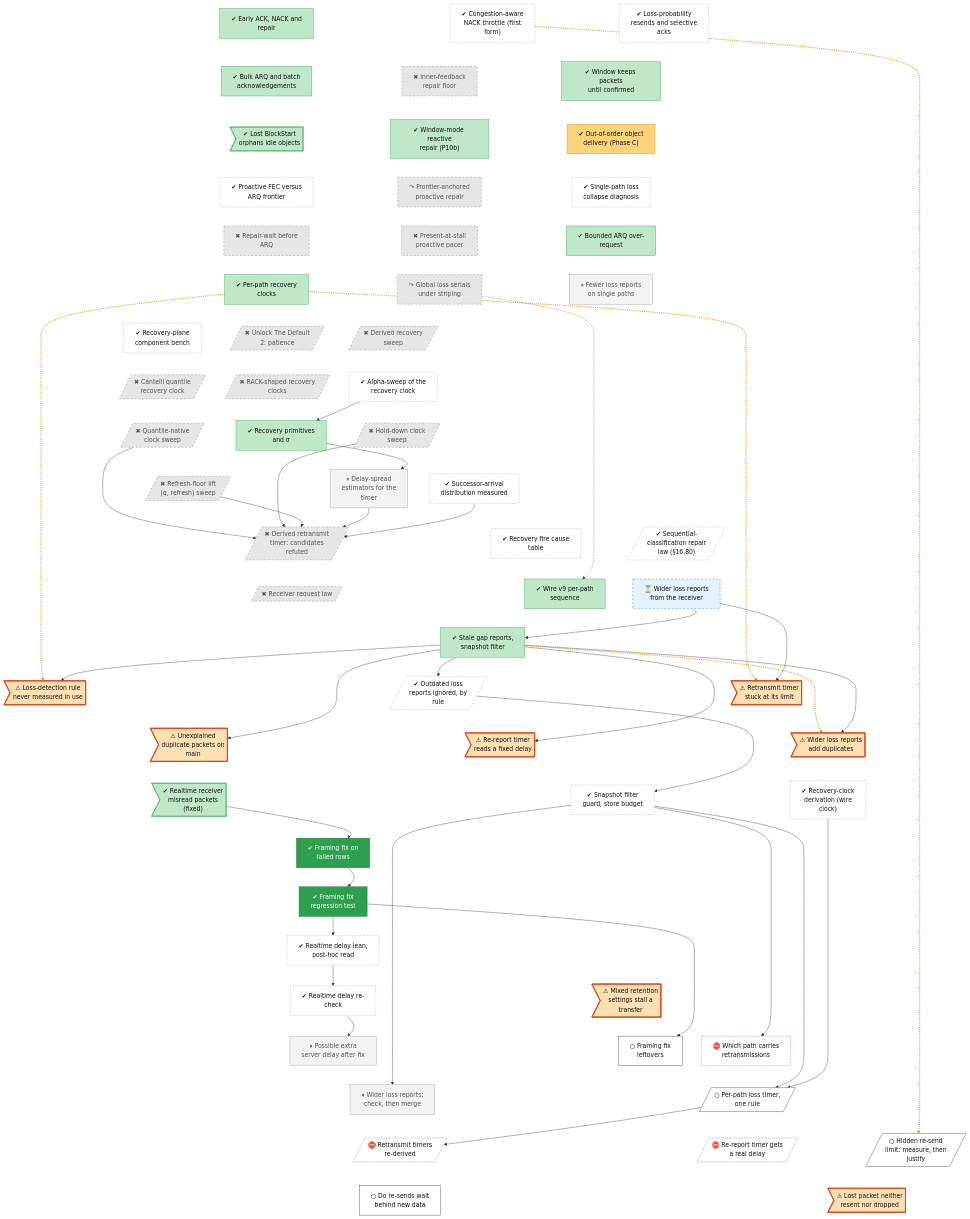
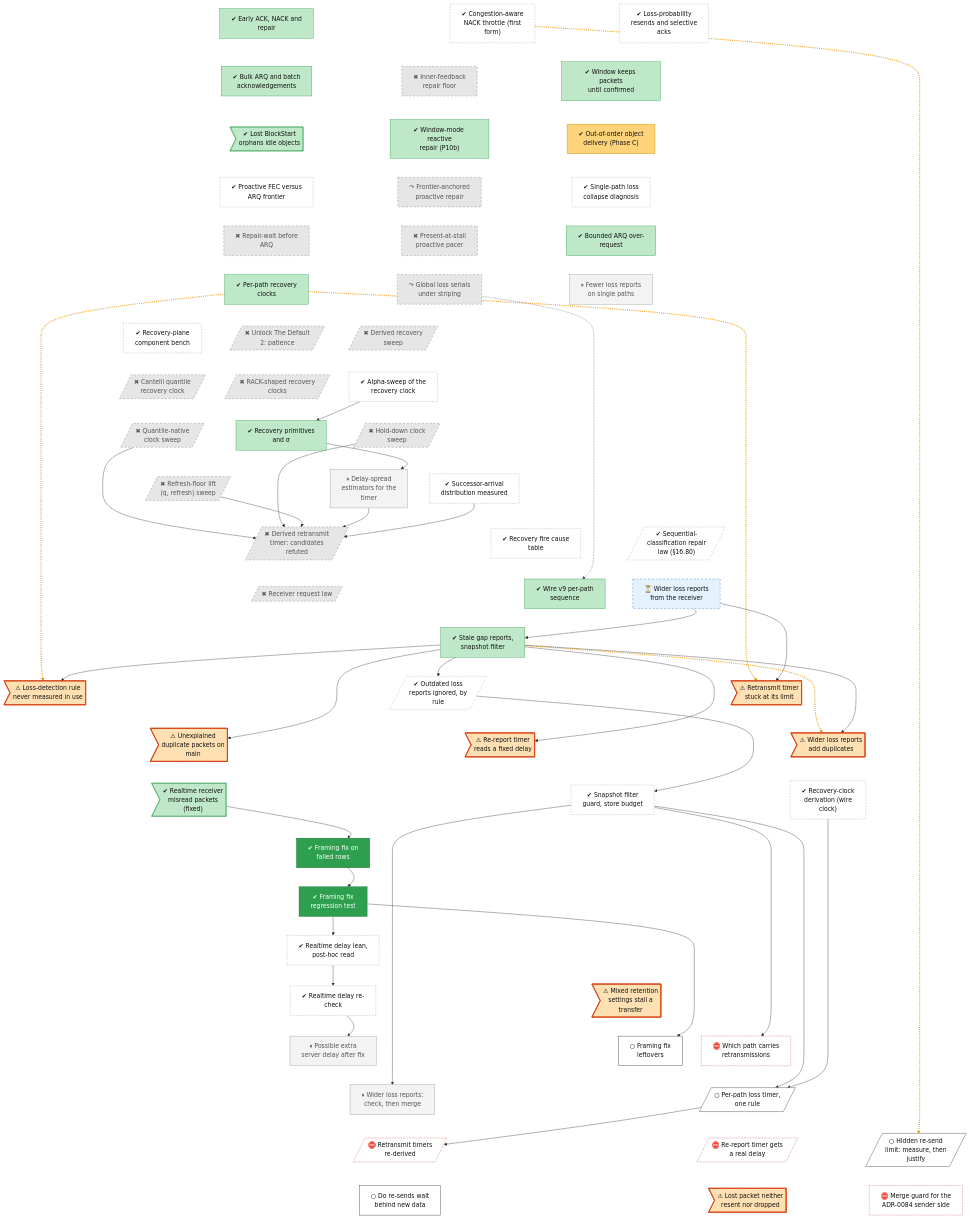
Before and after one commit to lhns/raptorpath: the diagram in docs/roadmap/tracks/rec.md, drawn with Mermaid. The commit also changed other lines of this file and 5 other files, not shown here.

Commit message:
roadmap: VM batch 1 node (harness67c review round, vmb-s2 manifest fix), ADR-0084 guard node (Fable review, revision round), offline simulation stage 2 plan, disorder-price harness on a branch

````diff
--- a/docs/roadmap/tracks/rec.md
+++ b/docs/roadmap/tracks/rec.md
@@ -70,6 +70,7 @@
     rec_fix_nack_throttle[/"○ Hidden re-send<br/>limit: measure, then<br/>justify"/]
     rec_retx_behind_source["○ Do re-sends wait<br/>behind new data"]
     rec_evict_blocker_unresolved>"⚠ Lost packet neither<br/>resent nor dropped"]
+    rec_adr84_guard["⛔ Merge guard for the<br/>ADR-0084 sender side"]
     rec_early_arq ~~~ rec_bulk_arq
     rec_nack_congestion ~~~ rec_p10a_repair_floor
     rec_plost_sack ~~~ rec_reliable_window
@@ -133,7 +134,7 @@
     rec_fix_perleg_clock_n1 ~~~ rec_fix_nack_throttle
     rec_recovery_timeouts ~~~ rec_retx_behind_source
     rec_fix_refresh_clock ~~~ rec_evict_blocker_unresolved
-    rec_fix_nack_throttle ~~~ rec_evict_blocker_unresolved
+    rec_fix_nack_throttle ~~~ rec_adr84_guard
     rec_nack_congestion -.-> rec_fix_nack_throttle
     rec_per_path_clocks -.-> rec_defect_qclk_clamp
     rec_per_path_clocks -.-> rec_defect_hole_law
@@ -189,5 +190,5 @@
     class rec_defect_qclk_clamp,rec_defect_hole_law,rec_defect_refresh_input,rec_leverb_c1d_cost,rec_defect_base_duplicates,rec_mixed_rho_stall,rec_evict_blocker_unresolved finding
     class rec_s63_f2_first_contact,rec_f2_merge_guard vsucc
     class rec_framing_followups,rec_fix_perleg_clock_n1,rec_fix_nack_throttle,rec_retx_behind_source next
-    class rec_w0_leg_question,rec_recovery_timeouts,rec_fix_refresh_clock blocked
+    class rec_w0_leg_question,rec_recovery_timeouts,rec_fix_refresh_clock,rec_adr84_guard blocked
 ```
````
